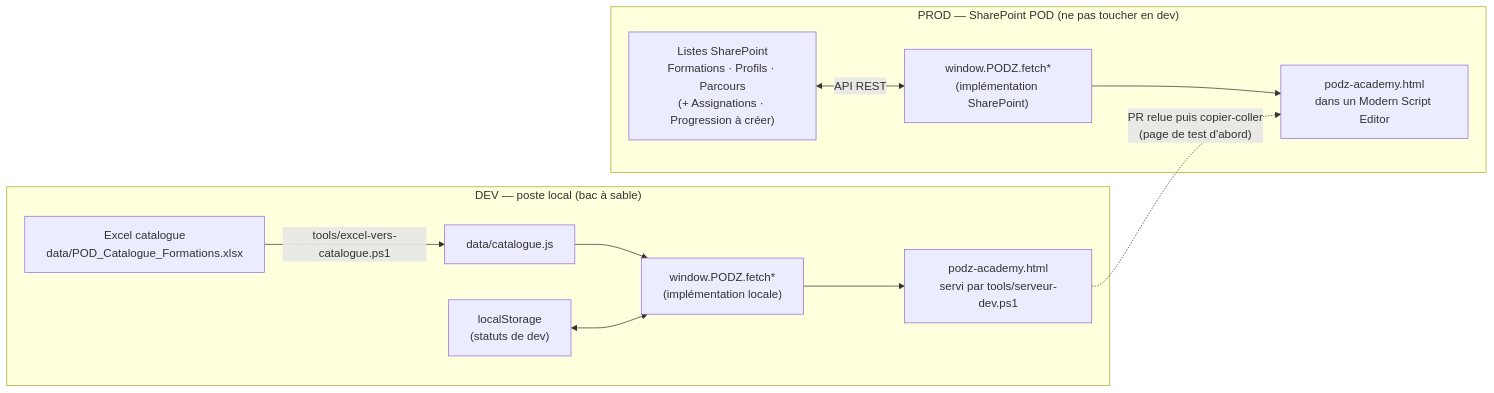
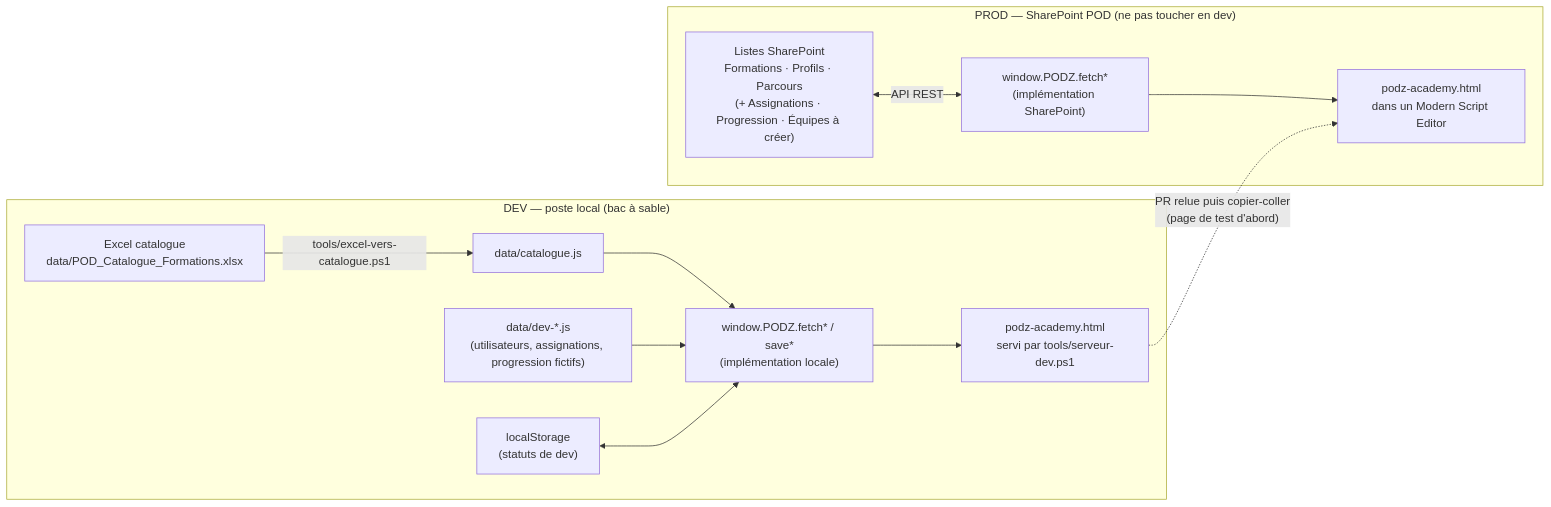
One commit to MaudGUB/PODz-Academy changed the diagram in ARCHITECTURE.md. Above: the diagram before and after it, drawn with Mermaid. The commit also changed other lines of this file and 4 other files, not shown here.

````diff
--- a/ARCHITECTURE.md
+++ b/ARCHITECTURE.md
@@ -20,14 +20,15 @@
 ```mermaid
 flowchart LR
   subgraph DEV["DEV — poste local (bac à sable)"]
     XLSX["Excel catalogue<br/>data/POD_Catalogue_Formations.xlsx"] -->|tools/excel-vers-catalogue.ps1| JS["data/catalogue.js"]
-    JS --> DAL_DEV["window.PODZ.fetch*<br/>(implémentation locale)"]
+    JS --> DAL_DEV["window.PODZ.fetch* / save*<br/>(implémentation locale)"]
+    DEVJS["data/dev-*.js<br/>(utilisateurs, assignations, progression fictifs)"] --> DAL_DEV
     LS["localStorage<br/>(statuts de dev)"] <--> DAL_DEV
     DAL_DEV --> HTML_DEV["podz-academy.html<br/>servi par tools/serveur-dev.ps1"]
   end
   subgraph PROD["PROD — SharePoint POD (ne pas toucher en dev)"]
-    LISTS["Listes SharePoint<br/>Formations · Profils · Parcours<br/>(+ Assignations · Progression à créer)"] <-->|API REST| DAL_PROD["window.PODZ.fetch*<br/>(implémentation SharePoint)"]
+    LISTS["Listes SharePoint<br/>Formations · Profils · Parcours<br/>(+ Assignations · Progression · Équipes à créer)"] <-->|API REST| DAL_PROD["window.PODZ.fetch*<br/>(implémentation SharePoint)"]
     DAL_PROD --> HTML_PROD["podz-academy.html<br/>dans un Modern Script Editor"]
   end
   HTML_DEV -. "PR relue puis copier-coller<br/>(page de test d'abord)" .-> HTML_PROD
 ```
````
